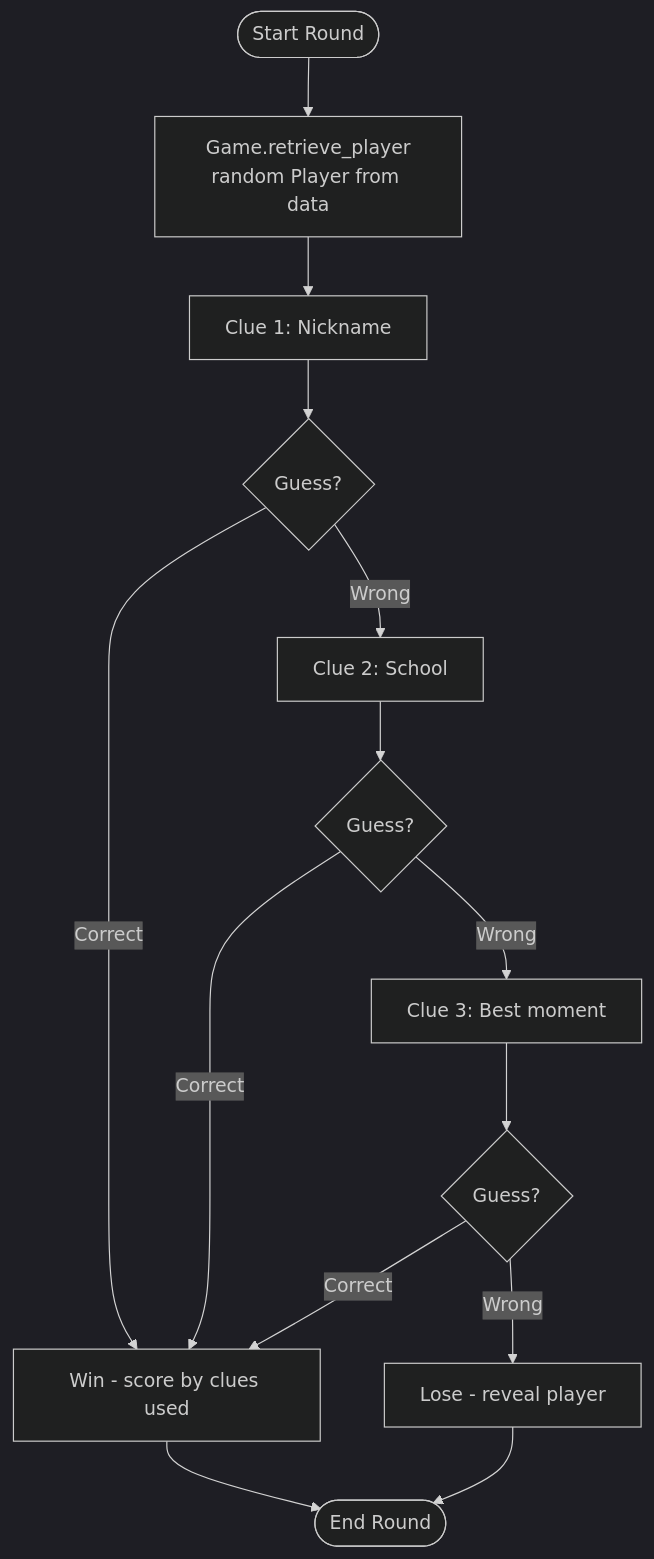
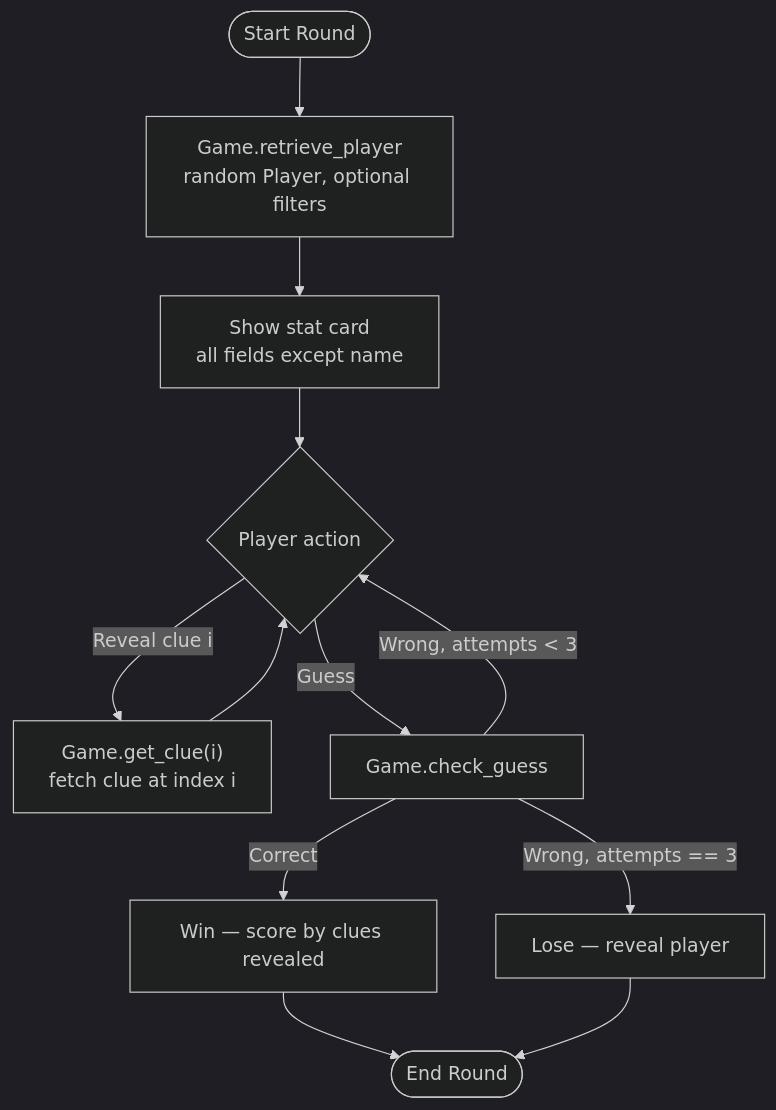
Before and after one commit to yang1571339186-creator/DJ-You-Recommender: the second of 4 diagrams in Design.md, drawn with Mermaid (dark theme). The commit also changed other lines of this file and 1 other file, not shown here.

````diff
--- a/Design.md
+++ b/Design.md
@@ -75,20 +133,17 @@
 ```mermaid
 flowchart TD
-    Start([Start Round]) --> Retrieve[Game.retrieve_player<br/>random Player from data]
-    Retrieve --> Clue1[Clue 1: Nickname]
+    Start([Start Round]) --> Retrieve[Game.retrieve_player<br/>random Player, optional filters]
+    Retrieve --> Card[Show stat card<br/>all fields except name]
 
-    Clue1 --> G1{Guess?}
-    G1 -->|Correct| Win
-    G1 -->|Wrong| Clue2[Clue 2: School]
+    Card --> Loop{Player action}
+    Loop -->|Reveal clue i| Clue["Game.get_clue(i)<br/>fetch clue at index i"]
+    Clue --> Loop
 
-    Clue2 --> G2{Guess?}
-    G2 -->|Correct| Win
-    G2 -->|Wrong| Clue3[Clue 3: Best moment]
+    Loop -->|Guess| Check[Game.check_guess]
+    Check -->|Correct| Win[Win — score by clues revealed]
+    Check -->|Wrong, attempts < 3| Loop
+    Check -->|Wrong, attempts == 3| Lose[Lose — reveal player]
 
-    Clue3 --> G3{Guess?}
-    G3 -->|Correct| Win
-    G3 -->|Wrong| Lose[Lose - reveal player]
-
-    Win[Win - score by clues used] --> End([End Round])
+    Win --> End([End Round])
     Lose --> End
 ```
````
